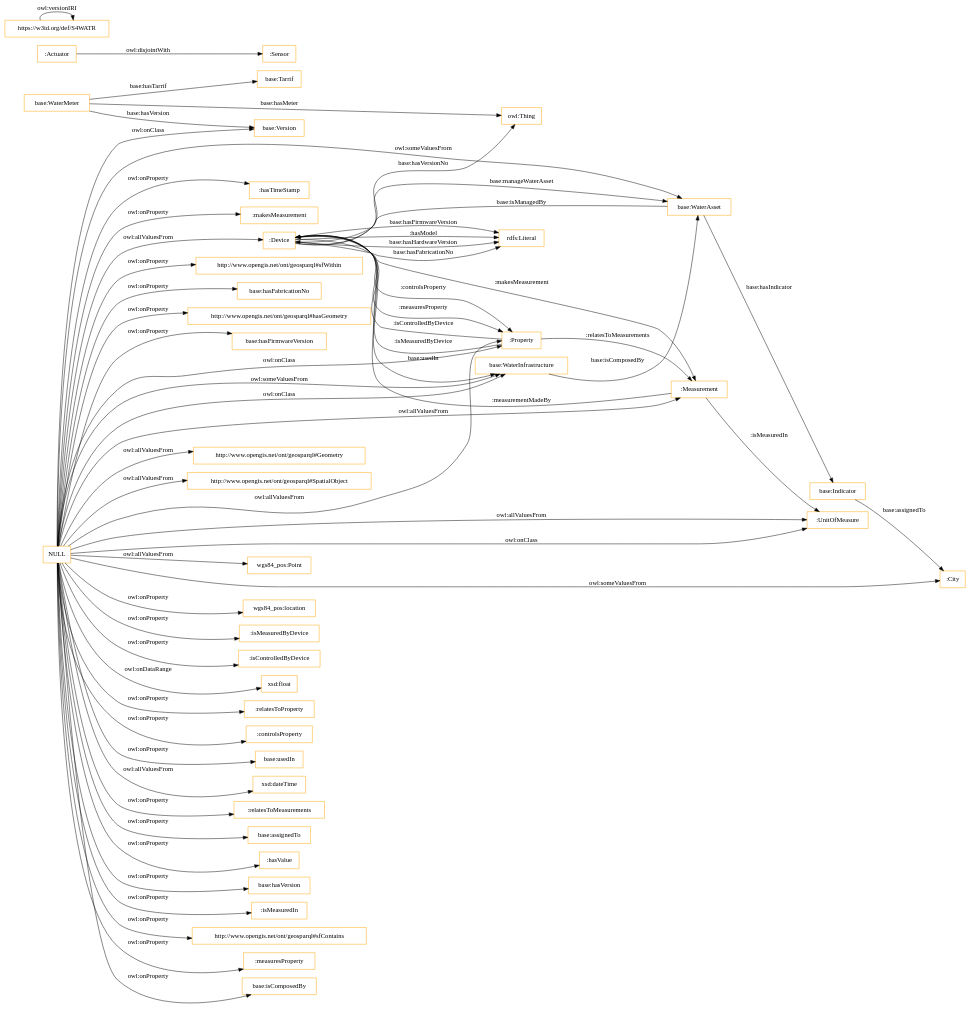
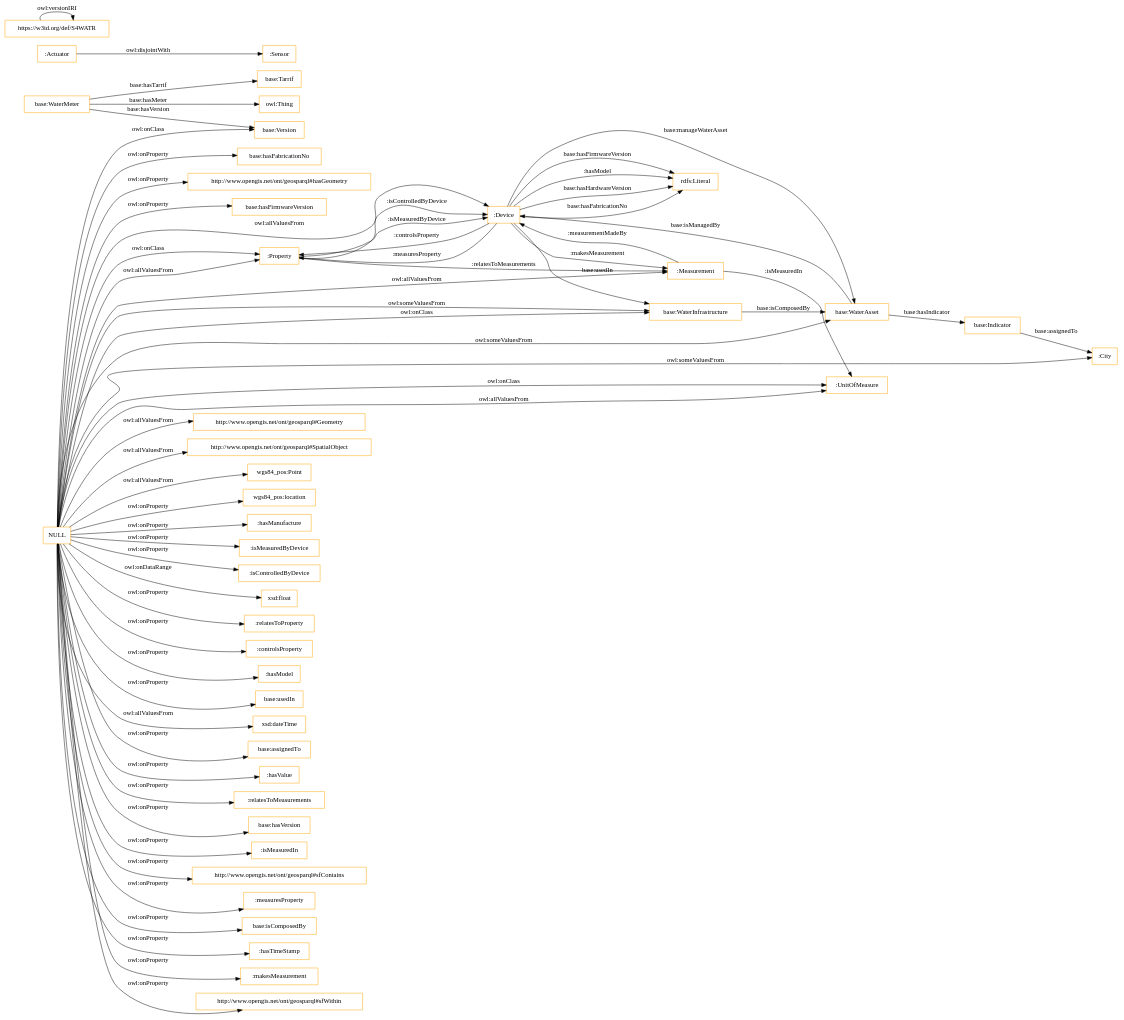
The diagram in OnToology/S4Water.owl/diagrams/ar2dtool-class/S4Water.owl.png.dot (tiwari2019/S4WATR-1), drawn with Graphviz before and after one commit. The commit also changed 10 other files, not shown here.

```diff
--- a/OnToology/S4Water.owl/diagrams/ar2dtool-class/S4Water.owl.png.dot
+++ b/OnToology/S4Water.owl/diagrams/ar2dtool-class/S4Water.owl.png.dot
@@ -1,66 +1,67 @@
 digraph ar2dtool_diagram { 
 rankdir=LR;
 size="1501"
 node [shape = rectangle, color="orange"]; "base:Version" ":Property" "base:WaterAsset" ":Sensor" "base:WaterMeter" "base:WaterInfrastructure" ":Device" "base:Indicator" "http://www.opengis.net/ont/geosparql#Geometry" "http://www.opengis.net/ont/geosparql#SpatialObject" ":UnitOfMeasure" ":City" "base:Tarrif" "wgs84_pos:Point" ":Measurement" ":Actuator" ; /*classes style*/
 	"NULL" -> "wgs84_pos:location" [ label = "owl:onProperty" ];
+	"NULL" -> ":hasManufacture" [ label = "owl:onProperty" ];
 	"NULL" -> "wgs84_pos:Point" [ label = "owl:allValuesFrom" ];
 	"NULL" -> ":isMeasuredByDevice" [ label = "owl:onProperty" ];
 	"NULL" -> ":isControlledByDevice" [ label = "owl:onProperty" ];
 	"NULL" -> ":Measurement" [ label = "owl:allValuesFrom" ];
 	"NULL" -> "xsd:float" [ label = "owl:onDataRange" ];
 	"NULL" -> "http://www.opengis.net/ont/geosparql#Geometry" [ label = "owl:allValuesFrom" ];
 	"NULL" -> "base:WaterInfrastructure" [ label = "owl:someValuesFrom" ];
 	"NULL" -> ":relatesToProperty" [ label = "owl:onProperty" ];
 	"NULL" -> ":City" [ label = "owl:someValuesFrom" ];
 	"NULL" -> ":controlsProperty" [ label = "owl:onProperty" ];
+	"NULL" -> ":hasModel" [ label = "owl:onProperty" ];
 	"NULL" -> "base:usedIn" [ label = "owl:onProperty" ];
 	"NULL" -> "xsd:dateTime" [ label = "owl:allValuesFrom" ];
 	"NULL" -> "base:Version" [ label = "owl:onClass" ];
+	"NULL" -> "base:assignedTo" [ label = "owl:onProperty" ];
+	"NULL" -> ":hasValue" [ label = "owl:onProperty" ];
 	"NULL" -> ":relatesToMeasurements" [ label = "owl:onProperty" ];
-	"NULL" -> "base:assignedTo" [ label = "owl:onProperty" ];
+	"NULL" -> "http://www.opengis.net/ont/geosparql#SpatialObject" [ label = "owl:allValuesFrom" ];
 	"NULL" -> ":Property" [ label = "owl:onClass" ];
-	"NULL" -> "http://www.opengis.net/ont/geosparql#SpatialObject" [ label = "owl:allValuesFrom" ];
-	"NULL" -> ":hasValue" [ label = "owl:onProperty" ];
 	"NULL" -> "base:hasVersion" [ label = "owl:onProperty" ];
 	"NULL" -> ":UnitOfMeasure" [ label = "owl:allValuesFrom" ];
 	"NULL" -> ":UnitOfMeasure" [ label = "owl:onClass" ];
 	"NULL" -> ":isMeasuredIn" [ label = "owl:onProperty" ];
 	"NULL" -> "http://www.opengis.net/ont/geosparql#sfContains" [ label = "owl:onProperty" ];
 	"NULL" -> "base:WaterAsset" [ label = "owl:someValuesFrom" ];
 	"NULL" -> ":measuresProperty" [ label = "owl:onProperty" ];
 	"NULL" -> "base:isComposedBy" [ label = "owl:onProperty" ];
 	"NULL" -> "base:WaterInfrastructure" [ label = "owl:onClass" ];
 	"NULL" -> ":hasTimeStamp" [ label = "owl:onProperty" ];
 	"NULL" -> ":makesMeasurement" [ label = "owl:onProperty" ];
 	"NULL" -> "http://www.opengis.net/ont/geosparql#sfWithin" [ label = "owl:onProperty" ];
+	"NULL" -> "base:hasFabricationNo" [ label = "owl:onProperty" ];
 	"NULL" -> ":Property" [ label = "owl:allValuesFrom" ];
-	"NULL" -> "base:hasFabricationNo" [ label = "owl:onProperty" ];
 	"NULL" -> "http://www.opengis.net/ont/geosparql#hasGeometry" [ label = "owl:onProperty" ];
 	"NULL" -> ":Device" [ label = "owl:allValuesFrom" ];
 	"NULL" -> "base:hasFirmwareVersion" [ label = "owl:onProperty" ];
 	"https://w3id.org/def/S4WATR" -> "https://w3id.org/def/S4WATR" [ label = "owl:versionIRI" ];
 	":Actuator" -> ":Sensor" [ label = "owl:disjointWith" ];
 	"base:Indicator" -> ":City" [ label = "base:assignedTo" ];
 	":Measurement" -> ":Device" [ label = ":measurementMadeBy" ];
 	":Device" -> "base:WaterAsset" [ label = "base:manageWaterAsset" ];
 	"base:WaterInfrastructure" -> "base:WaterAsset" [ label = "base:isComposedBy" ];
 	":Device" -> "rdfs:Literal" [ label = ":hasModel" ];
 	":Property" -> ":Device" [ label = ":isControlledByDevice" ];
-	":Device" -> "owl:Thing" [ label = "base:hasVersionNo" ];
 	":Device" -> "rdfs:Literal" [ label = "base:hasHardwareVersion" ];
 	"base:WaterMeter" -> "base:Version" [ label = "base:hasVersion" ];
 	":Property" -> ":Measurement" [ label = ":relatesToMeasurements" ];
 	":Device" -> ":Measurement" [ label = ":makesMeasurement" ];
 	":Device" -> "rdfs:Literal" [ label = "base:hasFabricationNo" ];
 	":Device" -> "rdfs:Literal" [ label = "base:hasFirmwareVersion" ];
 	":Device" -> ":Property" [ label = ":controlsProperty" ];
 	":Device" -> "base:WaterInfrastructure" [ label = "base:usedIn" ];
 	"base:WaterAsset" -> ":Device" [ label = "base:isManagedBy" ];
 	"base:WaterAsset" -> "base:Indicator" [ label = "base:hasIndicator" ];
 	":Property" -> ":Device" [ label = ":isMeasuredByDevice" ];
 	"base:WaterMeter" -> "base:Tarrif" [ label = "base:hasTarrif" ];
 	"base:WaterMeter" -> "owl:Thing" [ label = "base:hasMeter" ];
 	":Measurement" -> ":UnitOfMeasure" [ label = ":isMeasuredIn" ];
 	":Device" -> ":Property" [ label = ":measuresProperty" ];
 
 }
```
